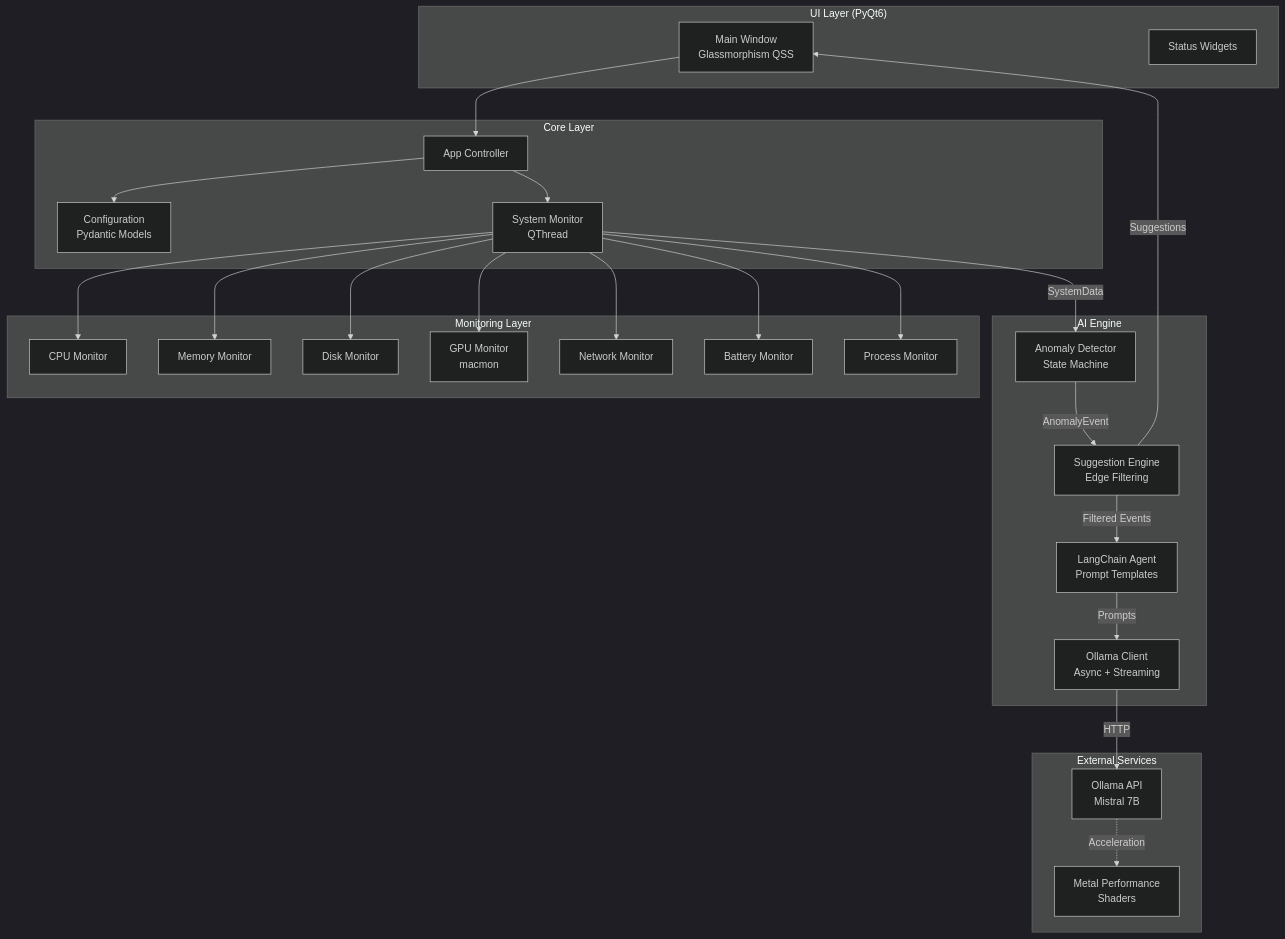
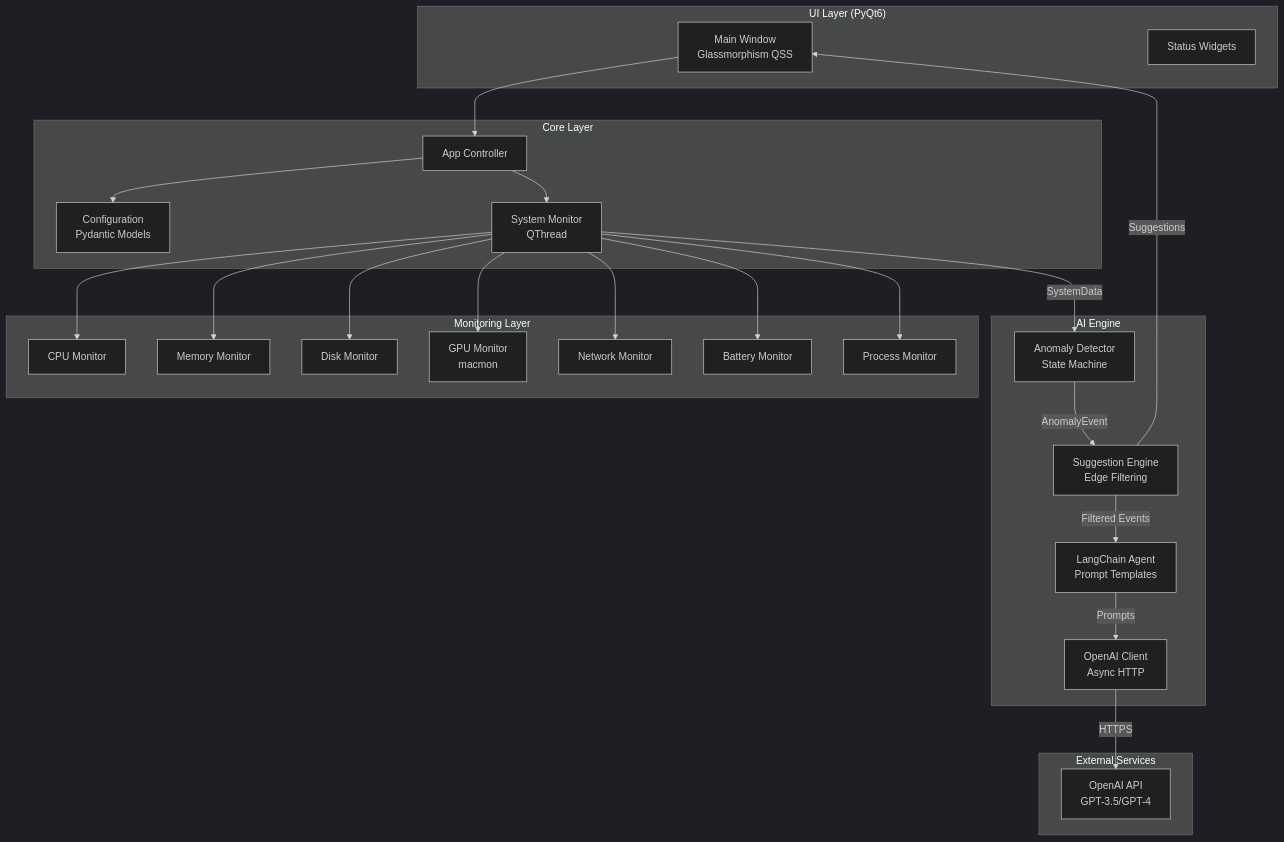
Before and after one commit to trionnemesis/MacDesktopWidget: the diagram in README.md, drawn with Mermaid (dark theme). The commit also changed other lines of this file and 6 other files, not shown here.

First line of the commit message:
feat: replace Ollama with OpenAI API integration

````diff
--- a/README.md
+++ b/README.md
@@ -40,55 +40,53 @@
 ```mermaid
 graph TB
     subgraph "UI Layer (PyQt6)"
         UI[Main Window<br/>Glassmorphism QSS]
         Widgets[Status Widgets]
     end
 
     subgraph "Core Layer"
         App[App Controller]
         Config[Configuration<br/>Pydantic Models]
         Monitor[System Monitor<br/>QThread]
     end
 
     subgraph "Monitoring Layer"
         CPU[CPU Monitor]
         MEM[Memory Monitor]
         DISK[Disk Monitor]
         GPU[GPU Monitor<br/>macmon]
         NET[Network Monitor]
         BAT[Battery Monitor]
         PROC[Process Monitor]
     end
 
     subgraph "AI Engine"
         Detector[Anomaly Detector<br/>State Machine]
         SuggestionEngine[Suggestion Engine<br/>Edge Filtering]
         LangChain[LangChain Agent<br/>Prompt Templates]
-        Ollama[Ollama Client<br/>Async + Streaming]
+        OpenAI[OpenAI Client<br/>Async HTTP]
     end
 
     subgraph "External Services"
-        OllamaAPI[Ollama API<br/>Mistral 7B]
-        MetalGPU[Metal Performance<br/>Shaders]
+        OpenAIAPI[OpenAI API<br/>GPT-3.5/GPT-4]
     end
 
     UI --> App
     App --> Config
     App --> Monitor
     Monitor --> CPU
     Monitor --> MEM
     Monitor --> DISK
     Monitor --> GPU
     Monitor --> NET
     Monitor --> BAT
     Monitor --> PROC
 
     Monitor -->|SystemData| Detector
     Detector -->|AnomalyEvent| SuggestionEngine
     SuggestionEngine -->|Filtered Events| LangChain
-    LangChain -->|Prompts| Ollama
-    Ollama -->|HTTP| OllamaAPI
-    OllamaAPI -.->|Acceleration| MetalGPU
+    LangChain -->|Prompts| OpenAI
+    OpenAI -->|HTTPS| OpenAIAPI
 
     SuggestionEngine -->|Suggestions| UI
 ```
````
